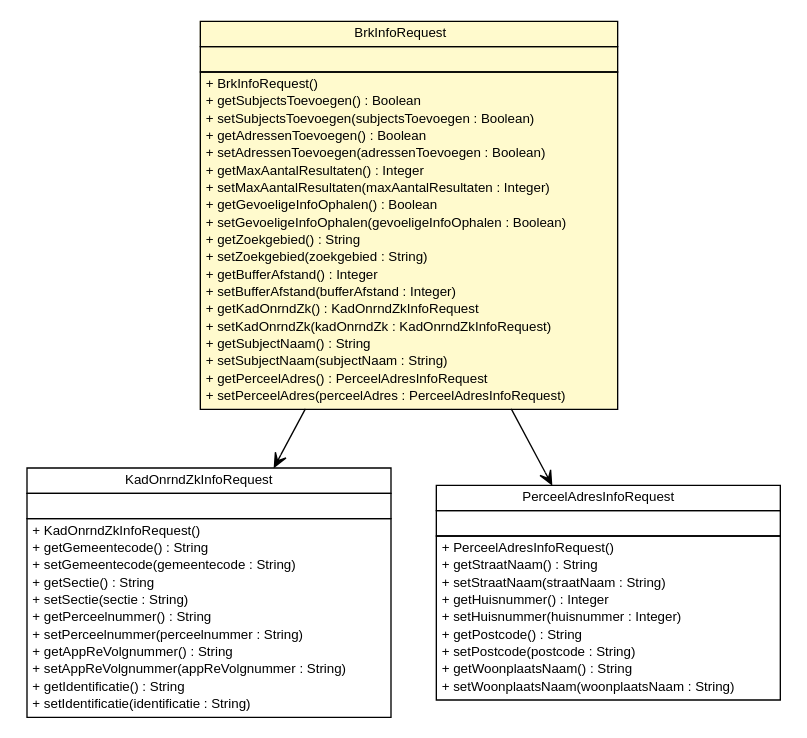
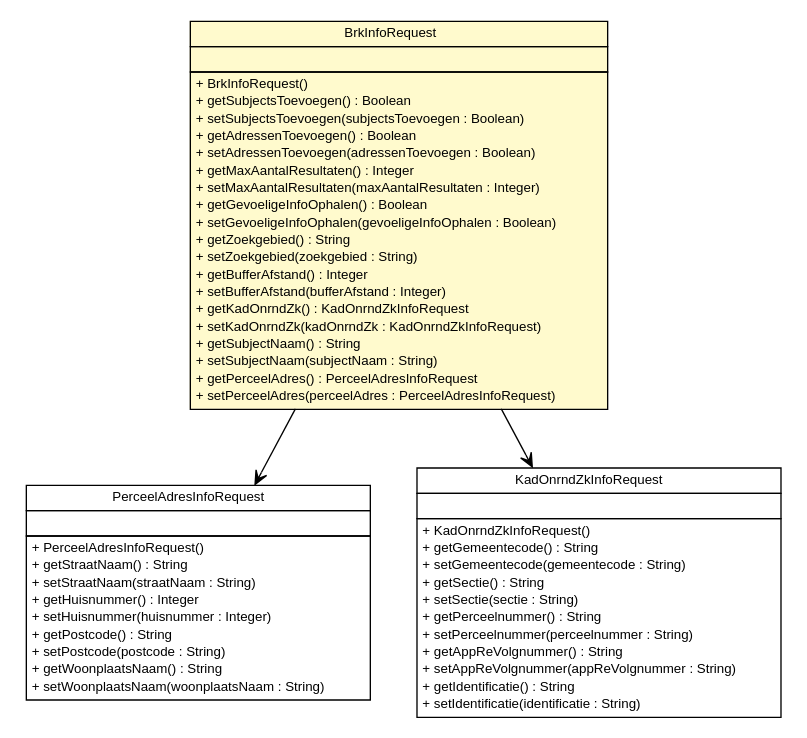
Before and after one commit to B3Partners/brmo: the diagram in brmo-soap/apidocs/nl/b3p/brmo/soap/brk/BrkInfoRequest.dot, drawn with Graphviz. The commit also changed 227 other files, not shown here.

```diff
--- a/brmo-soap/apidocs/nl/b3p/brmo/soap/brk/BrkInfoRequest.dot
+++ b/brmo-soap/apidocs/nl/b3p/brmo/soap/brk/BrkInfoRequest.dot
@@ -1,88 +1,88 @@
 #!/usr/local/bin/dot
 #
 # Class diagram 
 # Generated by UMLGraph version R5_6-24-gf6e263 (http://www.umlgraph.org/)
 #
 
 digraph G {
 	edge [fontname="Helvetica",fontsize=10,labelfontname="Helvetica",labelfontsize=10];
 	node [fontname="Helvetica",fontsize=10,shape=plaintext];
 	nodesep=0.25;
 	ranksep=0.5;
 	// nl.b3p.brmo.soap.brk.BrkInfoRequest
 	c496 [label=<<table title="nl.b3p.brmo.soap.brk.BrkInfoRequest" border="0" cellborder="1" cellspacing="0" cellpadding="2" port="p" bgcolor="lemonChiffon" href="./BrkInfoRequest.html">
 		<tr><td><table border="0" cellspacing="0" cellpadding="1">
 <tr><td align="center" balign="center"> BrkInfoRequest </td></tr>
 		</table></td></tr>
 		<tr><td><table border="0" cellspacing="0" cellpadding="1">
 <tr><td align="left" balign="left">  </td></tr>
 		</table></td></tr>
 		<tr><td><table border="0" cellspacing="0" cellpadding="1">
 <tr><td align="left" balign="left"> + BrkInfoRequest() </td></tr>
 <tr><td align="left" balign="left"> + getSubjectsToevoegen() : Boolean </td></tr>
 <tr><td align="left" balign="left"> + setSubjectsToevoegen(subjectsToevoegen : Boolean) </td></tr>
 <tr><td align="left" balign="left"> + getAdressenToevoegen() : Boolean </td></tr>
 <tr><td align="left" balign="left"> + setAdressenToevoegen(adressenToevoegen : Boolean) </td></tr>
 <tr><td align="left" balign="left"> + getMaxAantalResultaten() : Integer </td></tr>
 <tr><td align="left" balign="left"> + setMaxAantalResultaten(maxAantalResultaten : Integer) </td></tr>
 <tr><td align="left" balign="left"> + getGevoeligeInfoOphalen() : Boolean </td></tr>
 <tr><td align="left" balign="left"> + setGevoeligeInfoOphalen(gevoeligeInfoOphalen : Boolean) </td></tr>
 <tr><td align="left" balign="left"> + getZoekgebied() : String </td></tr>
 <tr><td align="left" balign="left"> + setZoekgebied(zoekgebied : String) </td></tr>
 <tr><td align="left" balign="left"> + getBufferAfstand() : Integer </td></tr>
 <tr><td align="left" balign="left"> + setBufferAfstand(bufferAfstand : Integer) </td></tr>
 <tr><td align="left" balign="left"> + getKadOnrndZk() : KadOnrndZkInfoRequest </td></tr>
 <tr><td align="left" balign="left"> + setKadOnrndZk(kadOnrndZk : KadOnrndZkInfoRequest) </td></tr>
 <tr><td align="left" balign="left"> + getSubjectNaam() : String </td></tr>
 <tr><td align="left" balign="left"> + setSubjectNaam(subjectNaam : String) </td></tr>
 <tr><td align="left" balign="left"> + getPerceelAdres() : PerceelAdresInfoRequest </td></tr>
 <tr><td align="left" balign="left"> + setPerceelAdres(perceelAdres : PerceelAdresInfoRequest) </td></tr>
 		</table></td></tr>
 		</table>>, URL="./BrkInfoRequest.html", fontname="Helvetica", fontcolor="black", fontsize=10.0];
+	// nl.b3p.brmo.soap.brk.PerceelAdresInfoRequest
+	c501 [label=<<table title="nl.b3p.brmo.soap.brk.PerceelAdresInfoRequest" border="0" cellborder="1" cellspacing="0" cellpadding="2" port="p" href="./PerceelAdresInfoRequest.html">
+		<tr><td><table border="0" cellspacing="0" cellpadding="1">
+<tr><td align="center" balign="center"> PerceelAdresInfoRequest </td></tr>
+		</table></td></tr>
+		<tr><td><table border="0" cellspacing="0" cellpadding="1">
+<tr><td align="left" balign="left">  </td></tr>
+		</table></td></tr>
+		<tr><td><table border="0" cellspacing="0" cellpadding="1">
+<tr><td align="left" balign="left"> + PerceelAdresInfoRequest() </td></tr>
+<tr><td align="left" balign="left"> + getStraatNaam() : String </td></tr>
+<tr><td align="left" balign="left"> + setStraatNaam(straatNaam : String) </td></tr>
+<tr><td align="left" balign="left"> + getHuisnummer() : Integer </td></tr>
+<tr><td align="left" balign="left"> + setHuisnummer(huisnummer : Integer) </td></tr>
+<tr><td align="left" balign="left"> + getPostcode() : String </td></tr>
+<tr><td align="left" balign="left"> + setPostcode(postcode : String) </td></tr>
+<tr><td align="left" balign="left"> + getWoonplaatsNaam() : String </td></tr>
+<tr><td align="left" balign="left"> + setWoonplaatsNaam(woonplaatsNaam : String) </td></tr>
+		</table></td></tr>
+		</table>>, URL="./PerceelAdresInfoRequest.html", fontname="Helvetica", fontcolor="black", fontsize=10.0];
 	// nl.b3p.brmo.soap.brk.KadOnrndZkInfoRequest
-	c502 [label=<<table title="nl.b3p.brmo.soap.brk.KadOnrndZkInfoRequest" border="0" cellborder="1" cellspacing="0" cellpadding="2" port="p" href="./KadOnrndZkInfoRequest.html">
+	c503 [label=<<table title="nl.b3p.brmo.soap.brk.KadOnrndZkInfoRequest" border="0" cellborder="1" cellspacing="0" cellpadding="2" port="p" href="./KadOnrndZkInfoRequest.html">
 		<tr><td><table border="0" cellspacing="0" cellpadding="1">
 <tr><td align="center" balign="center"> KadOnrndZkInfoRequest </td></tr>
 		</table></td></tr>
 		<tr><td><table border="0" cellspacing="0" cellpadding="1">
 <tr><td align="left" balign="left">  </td></tr>
 		</table></td></tr>
 		<tr><td><table border="0" cellspacing="0" cellpadding="1">
 <tr><td align="left" balign="left"> + KadOnrndZkInfoRequest() </td></tr>
 <tr><td align="left" balign="left"> + getGemeentecode() : String </td></tr>
 <tr><td align="left" balign="left"> + setGemeentecode(gemeentecode : String) </td></tr>
 <tr><td align="left" balign="left"> + getSectie() : String </td></tr>
 <tr><td align="left" balign="left"> + setSectie(sectie : String) </td></tr>
 <tr><td align="left" balign="left"> + getPerceelnummer() : String </td></tr>
 <tr><td align="left" balign="left"> + setPerceelnummer(perceelnummer : String) </td></tr>
 <tr><td align="left" balign="left"> + getAppReVolgnummer() : String </td></tr>
 <tr><td align="left" balign="left"> + setAppReVolgnummer(appReVolgnummer : String) </td></tr>
 <tr><td align="left" balign="left"> + getIdentificatie() : String </td></tr>
 <tr><td align="left" balign="left"> + setIdentificatie(identificatie : String) </td></tr>
 		</table></td></tr>
 		</table>>, URL="./KadOnrndZkInfoRequest.html", fontname="Helvetica", fontcolor="black", fontsize=10.0];
-	// nl.b3p.brmo.soap.brk.PerceelAdresInfoRequest
-	c503 [label=<<table title="nl.b3p.brmo.soap.brk.PerceelAdresInfoRequest" border="0" cellborder="1" cellspacing="0" cellpadding="2" port="p" href="./PerceelAdresInfoRequest.html">
-		<tr><td><table border="0" cellspacing="0" cellpadding="1">
-<tr><td align="center" balign="center"> PerceelAdresInfoRequest </td></tr>
-		</table></td></tr>
-		<tr><td><table border="0" cellspacing="0" cellpadding="1">
-<tr><td align="left" balign="left">  </td></tr>
-		</table></td></tr>
-		<tr><td><table border="0" cellspacing="0" cellpadding="1">
-<tr><td align="left" balign="left"> + PerceelAdresInfoRequest() </td></tr>
-<tr><td align="left" balign="left"> + getStraatNaam() : String </td></tr>
-<tr><td align="left" balign="left"> + setStraatNaam(straatNaam : String) </td></tr>
-<tr><td align="left" balign="left"> + getHuisnummer() : Integer </td></tr>
-<tr><td align="left" balign="left"> + setHuisnummer(huisnummer : Integer) </td></tr>
-<tr><td align="left" balign="left"> + getPostcode() : String </td></tr>
-<tr><td align="left" balign="left"> + setPostcode(postcode : String) </td></tr>
-<tr><td align="left" balign="left"> + getWoonplaatsNaam() : String </td></tr>
-<tr><td align="left" balign="left"> + setWoonplaatsNaam(woonplaatsNaam : String) </td></tr>
-		</table></td></tr>
-		</table>>, URL="./PerceelAdresInfoRequest.html", fontname="Helvetica", fontcolor="black", fontsize=10.0];
 	// nl.b3p.brmo.soap.brk.BrkInfoRequest NAVASSOC nl.b3p.brmo.soap.brk.KadOnrndZkInfoRequest
-	c496:p -> c502:p [taillabel="", label="", headlabel="", fontname="Helvetica", fontcolor="black", fontsize=10.0, color="black", arrowhead=open];
+	c496:p -> c503:p [taillabel="", label="", headlabel="", fontname="Helvetica", fontcolor="black", fontsize=10.0, color="black", arrowhead=open];
 	// nl.b3p.brmo.soap.brk.BrkInfoRequest NAVASSOC nl.b3p.brmo.soap.brk.PerceelAdresInfoRequest
-	c496:p -> c503:p [taillabel="", label="", headlabel="", fontname="Helvetica", fontcolor="black", fontsize=10.0, color="black", arrowhead=open];
+	c496:p -> c501:p [taillabel="", label="", headlabel="", fontname="Helvetica", fontcolor="black", fontsize=10.0, color="black", arrowhead=open];
 }
```
